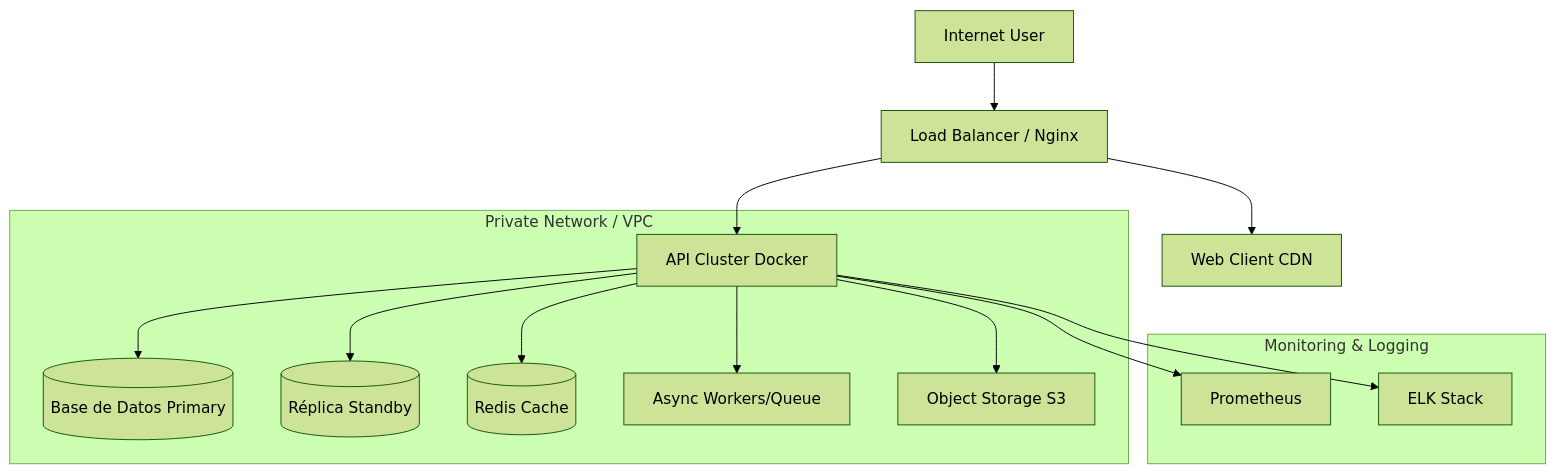
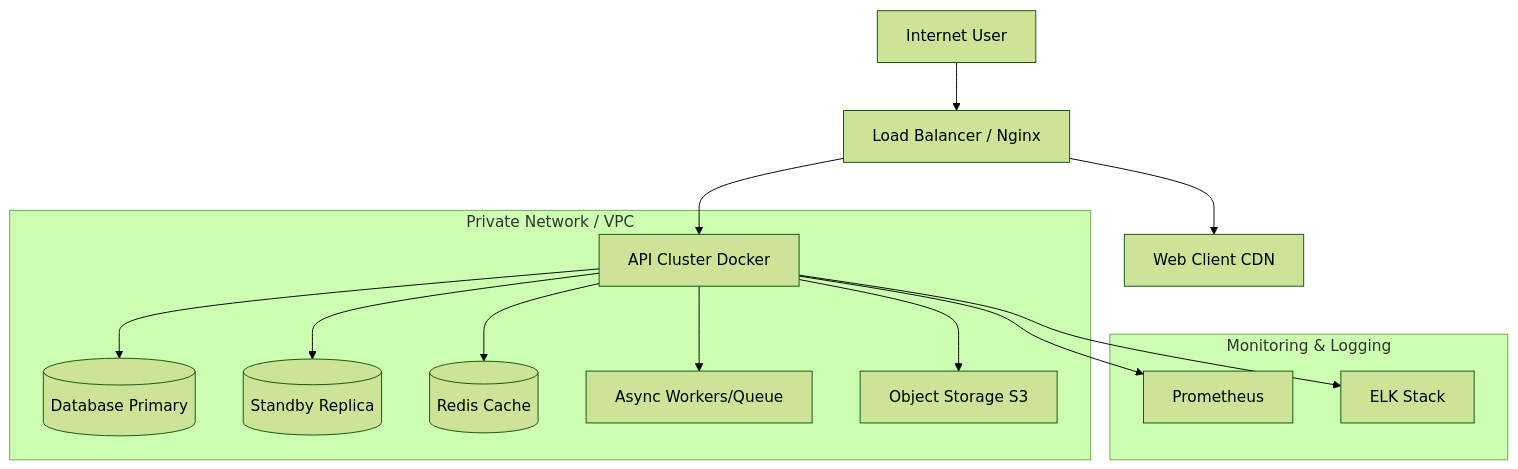
One commit to Pitcher755/soft-architect-ai changed the diagram in packages/knowledge_base/01-TEMPLATES/40-PLANNING/DEPLOYMENT_INFRASTRUCTURE.template.md. Above: the diagram before and after it, drawn with Mermaid (forest theme). The commit also changed other lines of this file and 13 other files, not shown here.

Commit message:
translate: knowledge base 01-TEMPLATES to English (30-ARCHITECTURE, 35-UX_UI, 40-PLANNING, 99-META - 14 files)

````diff
--- a/packages/knowledge_base/01-TEMPLATES/40-PLANNING/DEPLOYMENT_INFRASTRUCTURE.template.md
+++ b/packages/knowledge_base/01-TEMPLATES/40-PLANNING/DEPLOYMENT_INFRASTRUCTURE.template.md
@@ -8,19 +8,19 @@
 ```mermaid
 graph TD
     User[Internet User] --> LB[Load Balancer / Nginx]
     LB --> API[API Cluster Docker]
     LB --> Web[Web Client CDN]
 
     subgraph PrivateNetwork["Private Network / VPC"]
-        API --> DB[(Base de Datos Primary)]
-        API --> Replica[(Réplica Standby)]
+        API --> DB[(Database Primary)]
+        API --> Replica[(Standby Replica)]
         API --> Redis[(Redis Cache)]
         API --> Worker[Async Workers/Queue]
         API --> Storage[Object Storage S3]
     end
 
     subgraph Monitoring["Monitoring & Logging"]
         API --> Prometheus[Prometheus]
         API --> ELK[ELK Stack]
     end
 ```
````
